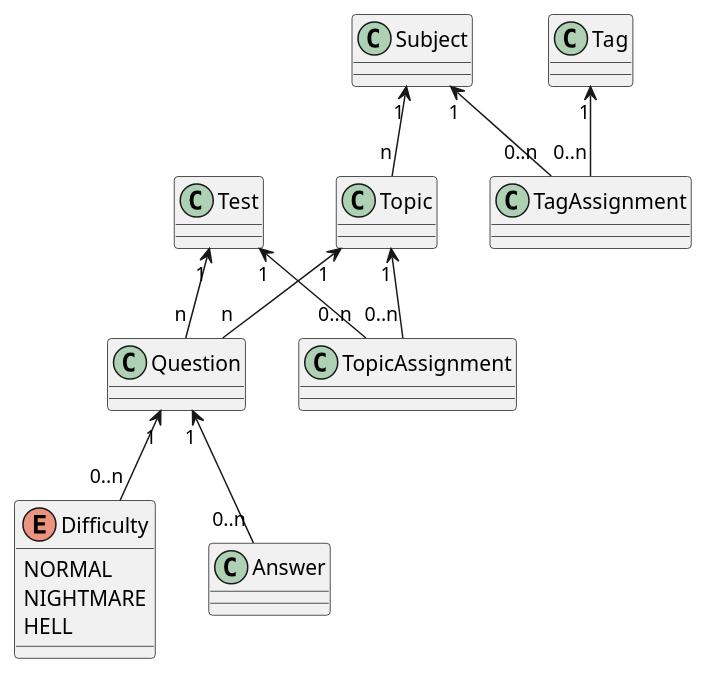
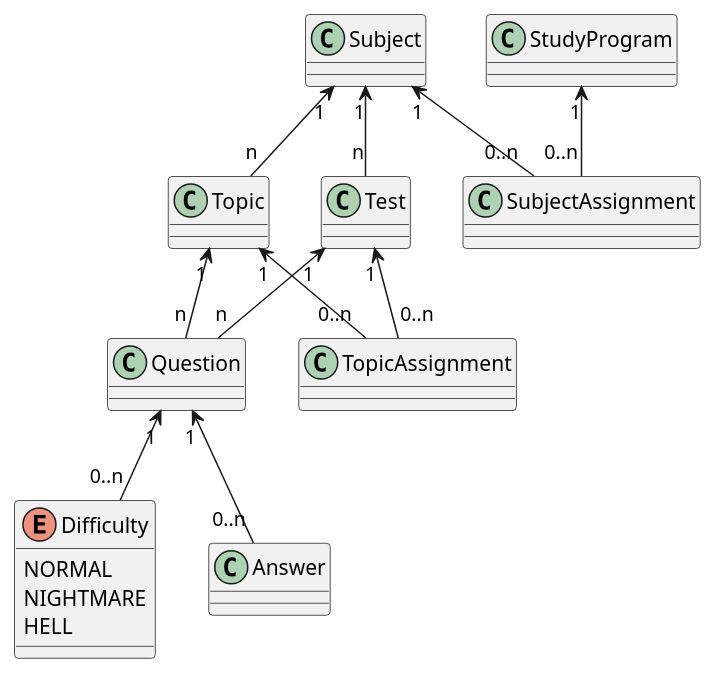
The diagram in README.md (Inza/ror-plantation-v2), drawn with PlantUML before and after one commit.

Commit message:
Rename Tag -> StudyProgram in UML in README

````diff
--- a/README.md
+++ b/README.md
@@ -22,22 +22,23 @@
 ```plantuml
 @startuml
 enum Difficulty {
   NORMAL
   NIGHTMARE
   HELL
 }
 
 Subject "1" <-- "n" Topic
+Subject "1" <-- "n" Test
 
 Topic "1" <-- "0..n" TopicAssignment
 Test "1" <-- "0..n" TopicAssignment
 
 Test "1" <-- "n" Question
 Topic "1" <-- "n" Question
 Question "1" <-- "0..n" Answer
 Question "1" <-- "0..n" Difficulty
 
-Tag "1" <-- "0..n" TagAssignment
-Subject "1" <-- "0..n" TagAssignment
+StudyProgram "1" <-- "0..n" SubjectAssignment
+Subject "1" <-- "0..n" SubjectAssignment
 @enduml
 ```
````
